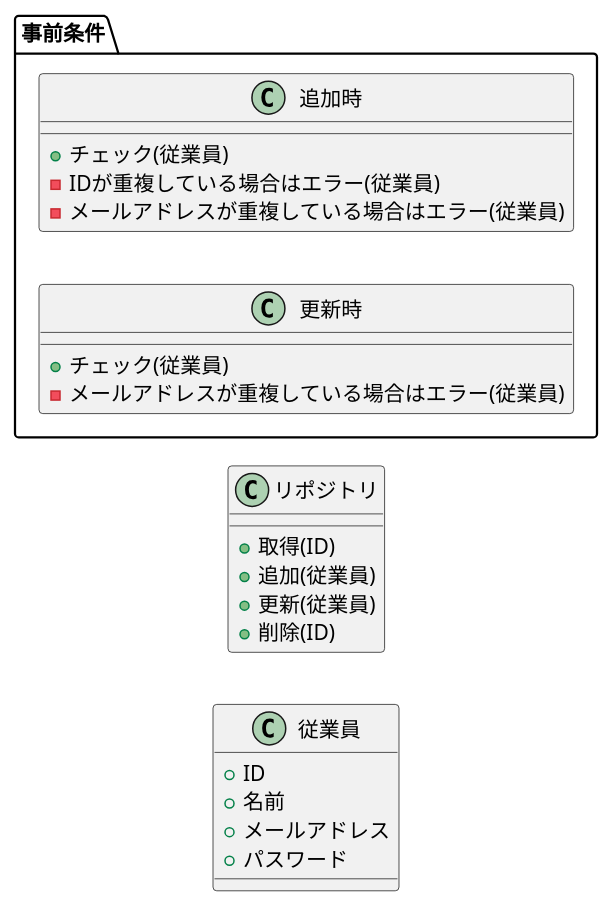
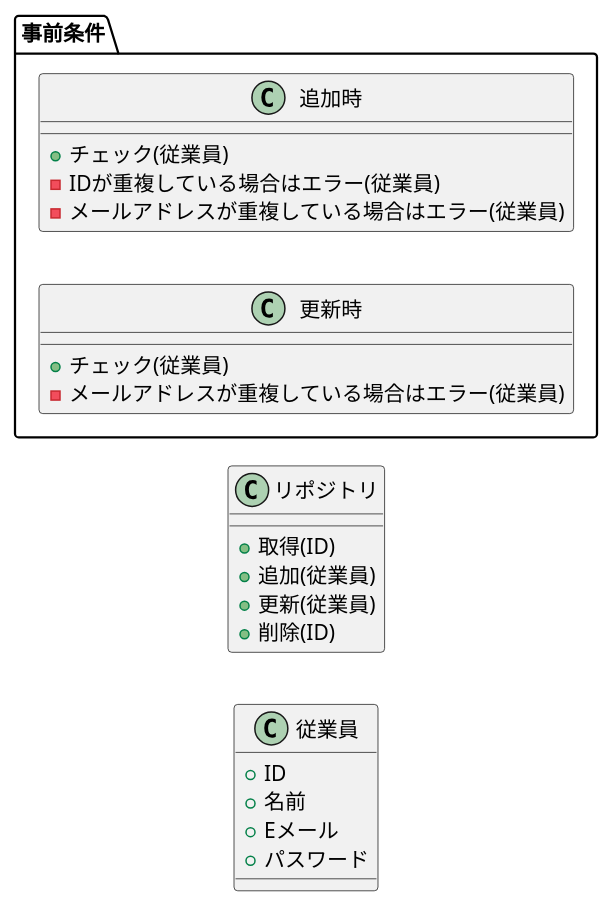
The third of 7 diagrams in doc/domain_model.md (paterapatera/ryokan-reservation), drawn with PlantUML before and after one commit. The commit also changed other lines of this file and 38 other files, not shown here.

````diff
--- a/doc/domain_model.md
+++ b/doc/domain_model.md
@@ -19,27 +46,27 @@
 ```plantuml
 left to right direction
 class "従業員" as Employee {
   + ID
   + 名前
-  + メールアドレス
+  + Eメール
   + パスワード
 }
 class "リポジトリ" {
   + 取得(ID)
   + 追加(従業員)
   + 更新(従業員)
   + 削除(ID)
 }
 
 namespace 事前条件 {
   class 追加時 {
     + チェック(従業員)
     - IDが重複している場合はエラー(従業員)
     - メールアドレスが重複している場合はエラー(従業員)
   }
   class 更新時 {
     + チェック(従業員)
     - メールアドレスが重複している場合はエラー(従業員)
   }
 }
 ```
````
